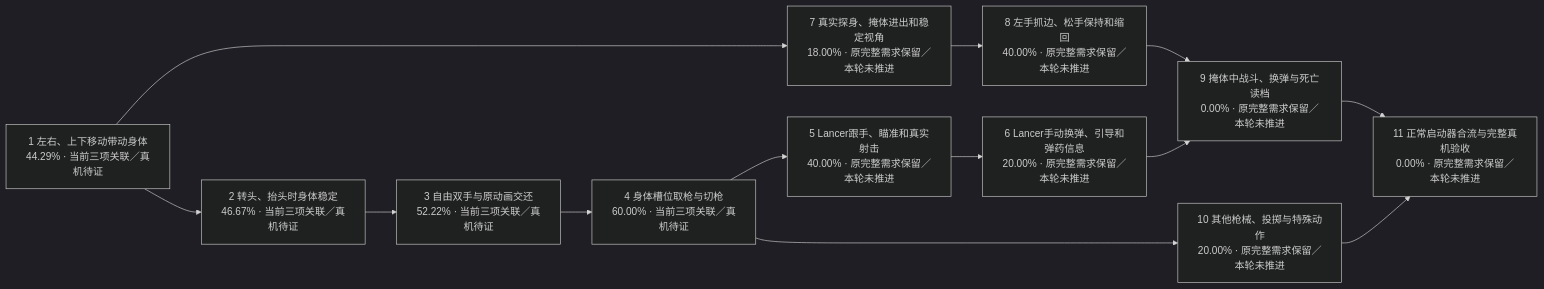
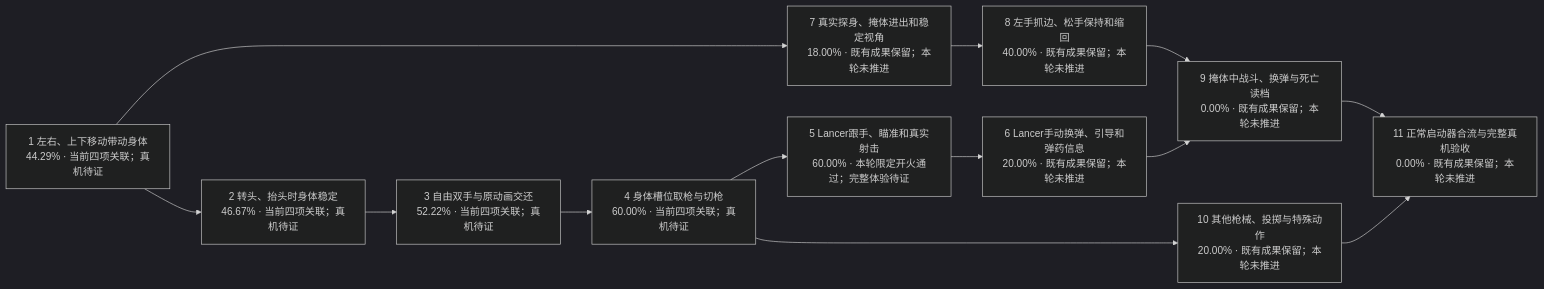
One commit to gjc9620/gears-vr changed the second of 2 diagrams in docs/6dof-progress-dashboard.md. Above: the diagram before and after it, drawn with Mermaid (dark theme). The commit also changed other lines of this file and 2 other files, not shown here.

````diff
--- a/docs/6dof-progress-dashboard.md
+++ b/docs/6dof-progress-dashboard.md
@@ -49,20 +44,20 @@
 ```mermaid
 flowchart LR
- B1["1 左右、上下移动带动身体<br/>44.29% · 当前三项关联／真机待证"]
- B2["2 转头、抬头时身体稳定<br/>46.67% · 当前三项关联／真机待证"]
- B3["3 自由双手与原动画交还<br/>52.22% · 当前三项关联／真机待证"]
- W1["4 身体槽位取枪与切枪<br/>60.00% · 当前三项关联／真机待证"]
- W2["5 Lancer跟手、瞄准和真实射击<br/>40.00% · 原完整需求保留／本轮未推进"]
- W3["6 Lancer手动换弹、引导和弹药信息<br/>20.00% · 原完整需求保留／本轮未推进"]
- C1["7 真实探身、掩体进出和稳定视角<br/>18.00% · 原完整需求保留／本轮未推进"]
- C2["8 左手抓边、松手保持和缩回<br/>40.00% · 原完整需求保留／本轮未推进"]
- I1["9 掩体中战斗、换弹与死亡读档<br/>0.00% · 原完整需求保留／本轮未推进"]
- X1["10 其他枪械、投掷与特殊动作<br/>20.00% · 原完整需求保留／本轮未推进"]
- I2["11 正常启动器合流与完整真机验收<br/>0.00% · 原完整需求保留／本轮未推进"]
+ B1["1 左右、上下移动带动身体<br/>44.29% · 当前四项关联；真机待证"]
+ B2["2 转头、抬头时身体稳定<br/>46.67% · 当前四项关联；真机待证"]
+ B3["3 自由双手与原动画交还<br/>52.22% · 当前四项关联；真机待证"]
+ W1["4 身体槽位取枪与切枪<br/>60.00% · 当前四项关联；真机待证"]
+ W2["5 Lancer跟手、瞄准和真实射击<br/>60.00% · 本轮限定开火通过；完整体验待证"]
+ W3["6 Lancer手动换弹、引导和弹药信息<br/>20.00% · 既有成果保留；本轮未推进"]
+ C1["7 真实探身、掩体进出和稳定视角<br/>18.00% · 既有成果保留；本轮未推进"]
+ C2["8 左手抓边、松手保持和缩回<br/>40.00% · 既有成果保留；本轮未推进"]
+ I1["9 掩体中战斗、换弹与死亡读档<br/>0.00% · 既有成果保留；本轮未推进"]
+ X1["10 其他枪械、投掷与特殊动作<br/>20.00% · 既有成果保留；本轮未推进"]
+ I2["11 正常启动器合流与完整真机验收<br/>0.00% · 既有成果保留；本轮未推进"]
  B1 --> B2 --> B3 --> W1 --> W2 --> W3
  B1 --> C1 --> C2 --> I1
  W3 --> I1
  W1 --> X1
  I1 --> I2
  X1 --> I2
 ```
````
